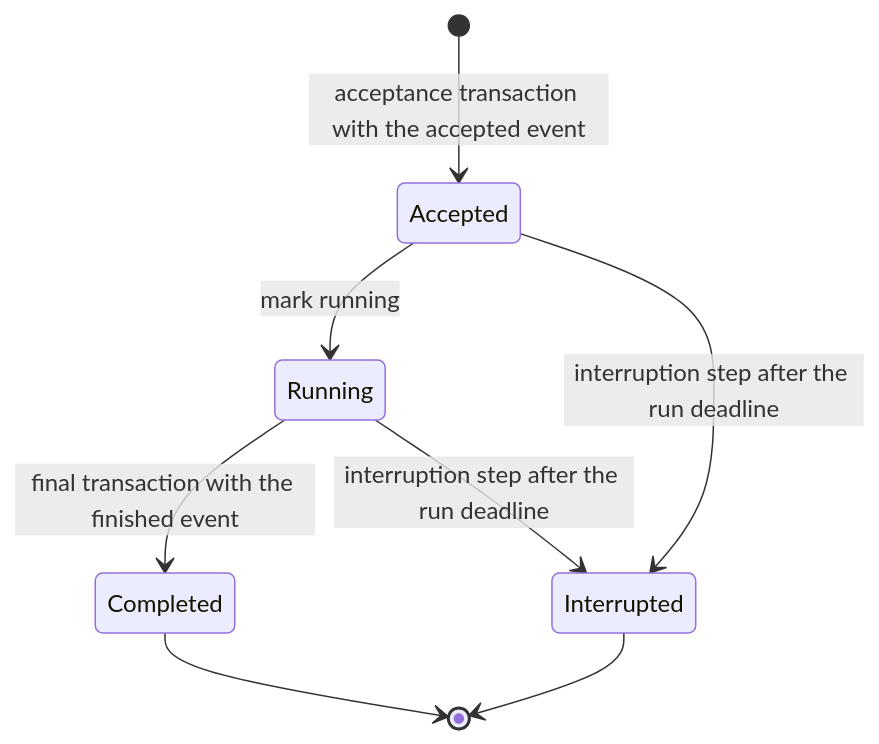
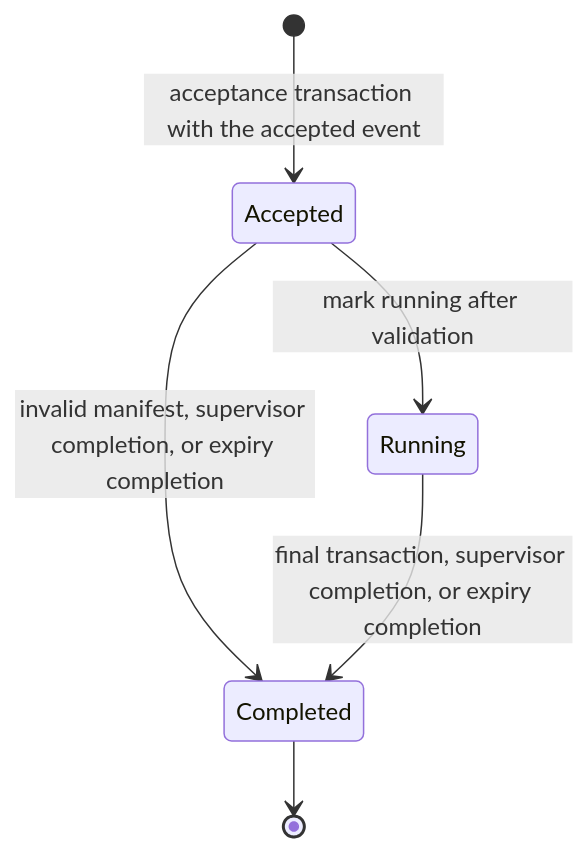
The second of 6 diagrams in gears/system/application-manager/docs/DESIGN.md (CommName/gears-rust), drawn with Mermaid before and after one commit. The commit also changed other lines of this file and 3 other files, not shown here.

````diff
--- a/gears/system/application-manager/docs/DESIGN.md
+++ b/gears/system/application-manager/docs/DESIGN.md
@@ -289,10 +288,8 @@
 ```mermaid
 stateDiagram-v2
     [*] --> Accepted: acceptance transaction with the accepted event
-    Accepted --> Running: mark running
-    Running --> Completed: final transaction with the finished event
-    Accepted --> Interrupted: interruption step after the run deadline
-    Running --> Interrupted: interruption step after the run deadline
+    Accepted --> Completed: invalid manifest, supervisor completion, or expiry completion
+    Accepted --> Running: mark running after validation
+    Running --> Completed: final transaction, supervisor completion, or expiry completion
     Completed --> [*]
-    Interrupted --> [*]
 ```
````
